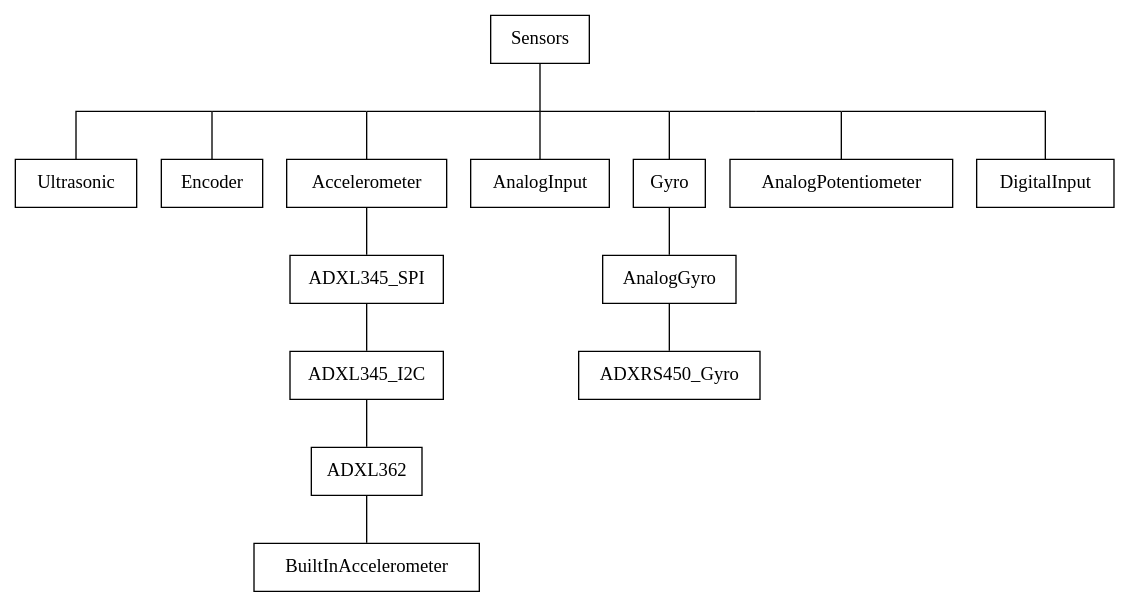
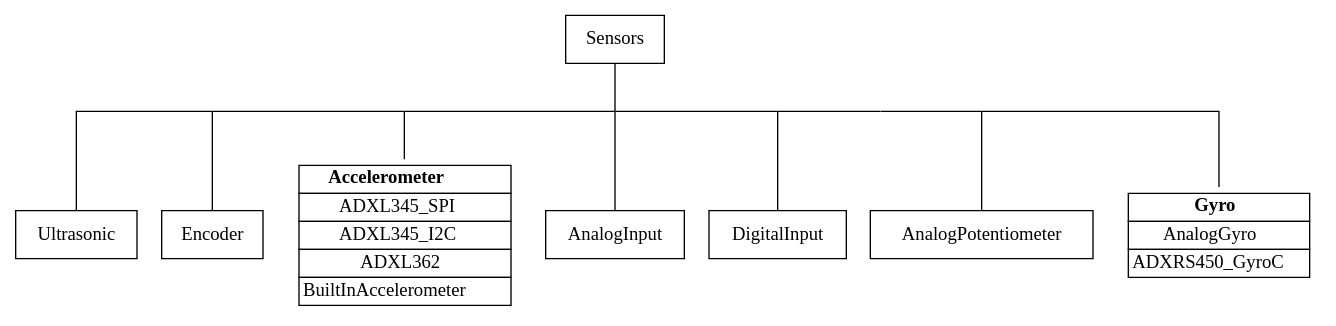
The diagram in source/docs/software/sensors/sensor-overview-software.rst (wpilibsuite/frc-docs), drawn with Graphviz before and after one commit.

Commit message:
Adds tables for sub-types of sensors

```diff
--- a/source/docs/software/sensors/sensor-overview-software.rst
+++ b/source/docs/software/sensors/sensor-overview-software.rst
@@ -15,19 +15,35 @@
 .. graphviz::
 
     graph {
         splines=ortho;
         Sensors [shape=box]
-        {1, 2, 3, 4, 5, 6, 7, 8, 9, 10 [width=0, shape=point, style=invis];}
+        {1, 2, 3, 4, 5, 6, 7, 8, 9, 10, 11 [width=0, shape=point, style=invis];}
         {rank=same; 1 -- 2 -- 3 -- 4 -- 5 -- 6;}
         Sensors -- 3
         node [shape=box]
+        Accelerometer [shape=plaintext, label=<
+
+         <table border='0' cellborder='1' cellspacing='0'>
+           <tr><td><b>Accelerometer</b></td></tr>
+           <tr><td>ADXL345_SPI</td></tr>
+           <tr><td>ADXL345_I2C</td></tr>
+           <tr><td>ADXL362</td></tr>
+           <tr><td>BuiltInAccelerometer</td></tr>
+         </table>
+        >];
+        Gyro [shape=plaintext, label=<
+
+         <table border='0' cellborder='1' cellspacing='0'>
+           <tr><td><b>Gyro</b></td></tr>
+           <tr><td>AnalogGyro</td></tr>
+           <tr><td>ADXRS450_GyroC</td></tr>
+         </table>
+        >];
         1 -- Ultrasonic
         1 -- Encoder
         2 -- Accelerometer
         3 -- AnalogInput
-        4 -- Gyro
-        6 -- DigitalInput
+        4 -- DigitalInput
         6 -- AnalogPotentiometer
-        Accelerometer -- ADXL345_SPI -- ADXL345_I2C -- ADXL362 -- BuiltInAccelerometer
-        Gyro -- AnalogGyro -- ADXRS450_Gyro
+        6 -- Gyro
     }
```
